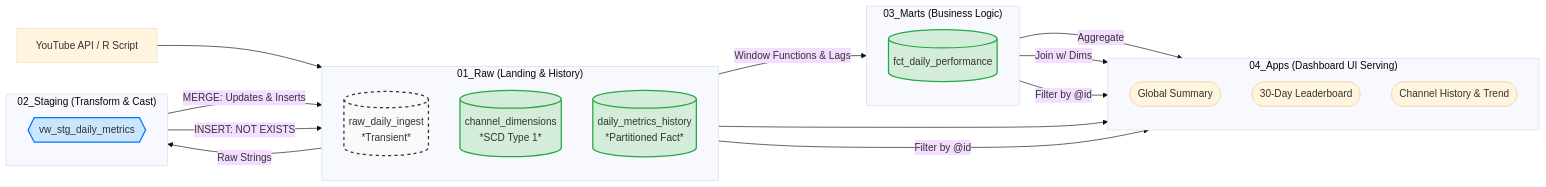
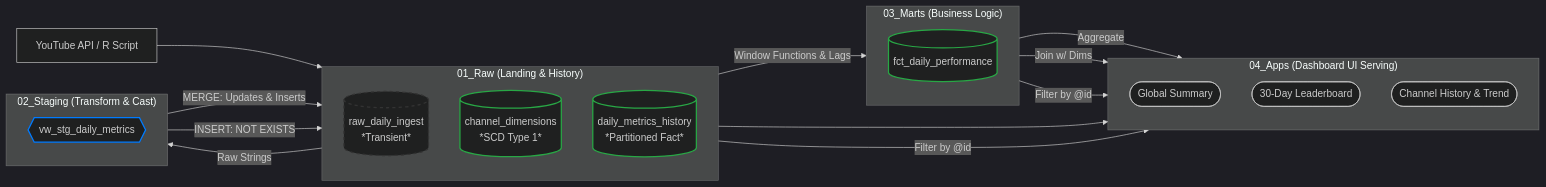
Before and after one commit to SimonLiles/sailing_channel_dashboard: the diagram in docs/data_lineage_erd.mmd, drawn with Mermaid. The commit also changed 1 other file, not shown here.

Commit message:
Changed out the data flow playout with one that is more specific

```diff
--- a/docs/data_lineage_erd.mmd
+++ b/docs/data_lineage_erd.mmd
@@ -1,53 +1,53 @@
-%%{init: {'theme': 'base'}}%%
+%%{init: {'theme': 'dark'}}%%
 
 flowchart LR
     %% Define Subgraphs for Medallion Layers
     
     subgraph Layer_01_Raw ["01_Raw (Landing & History)"]
         direction TB
         Ingest[(raw_daily_ingest\n*Transient*)]
         Dim[(channel_dimensions\n*SCD Type 1*)]
         Hist[(daily_metrics_history\n*Partitioned Fact*)]
     end
 
     subgraph Layer_02_Staging ["02_Staging (Transform & Cast)"]
         direction TB
         StgView{{vw_stg_daily_metrics}}
     end
 
     subgraph Layer_03_Marts ["03_Marts (Business Logic)"]
         direction TB
         FctPerf[(fct_daily_performance)]
     end
 
     subgraph Layer_04_Apps ["04_Apps (Dashboard UI Serving)"]
         direction TB
         App1([Global Summary])
         App2([30-Day Leaderboard])
         App3([Channel History & Trend])
     end
 
     %% Define Data Flow Connections
     API_Source[YouTube API / R Script] --> Ingest
     
     Ingest -->|Raw Strings| StgView
     
     StgView -->|MERGE: Updates & Inserts| Dim
     StgView -->|INSERT: NOT EXISTS| Hist
     
     Hist -->|Window Functions & Lags| FctPerf
     
     FctPerf -->|Aggregate| App1
     FctPerf -->|Join w/ Dims| App2
     FctPerf -->|Filter by @id| App3
     Dim --> App2
     Dim -->|Filter by @id| App3
 
     %% Styling
-    classDef transient fill:#f9f9f9,stroke:#333,stroke-width:2px,stroke-dasharray: 5 5;
-    classDef permanent fill:#d4edda,stroke:#28a745,stroke-width:2px;
-    classDef view fill:#cce5ff,stroke:#007bff,stroke-width:2px;
+    classDef transient stroke:#333,stroke-width:2px,stroke-dasharray: 5 5;
+    classDef permanent stroke:#28a745,stroke-width:2px;
+    classDef view stroke:#007bff,stroke-width:2px;
     
     class Ingest transient;
     class Dim,Hist,FctPerf permanent;
     class StgView view;
```
